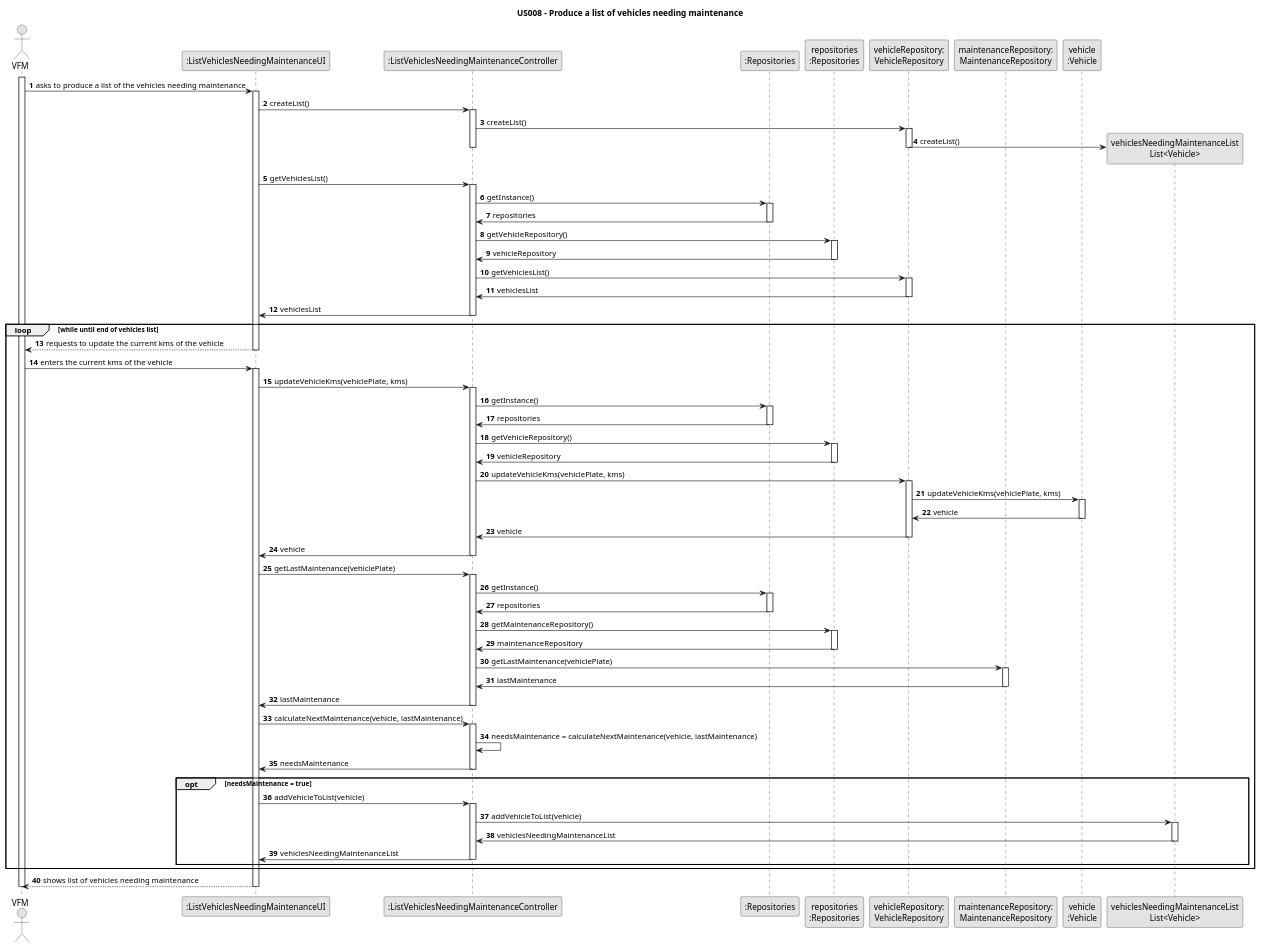
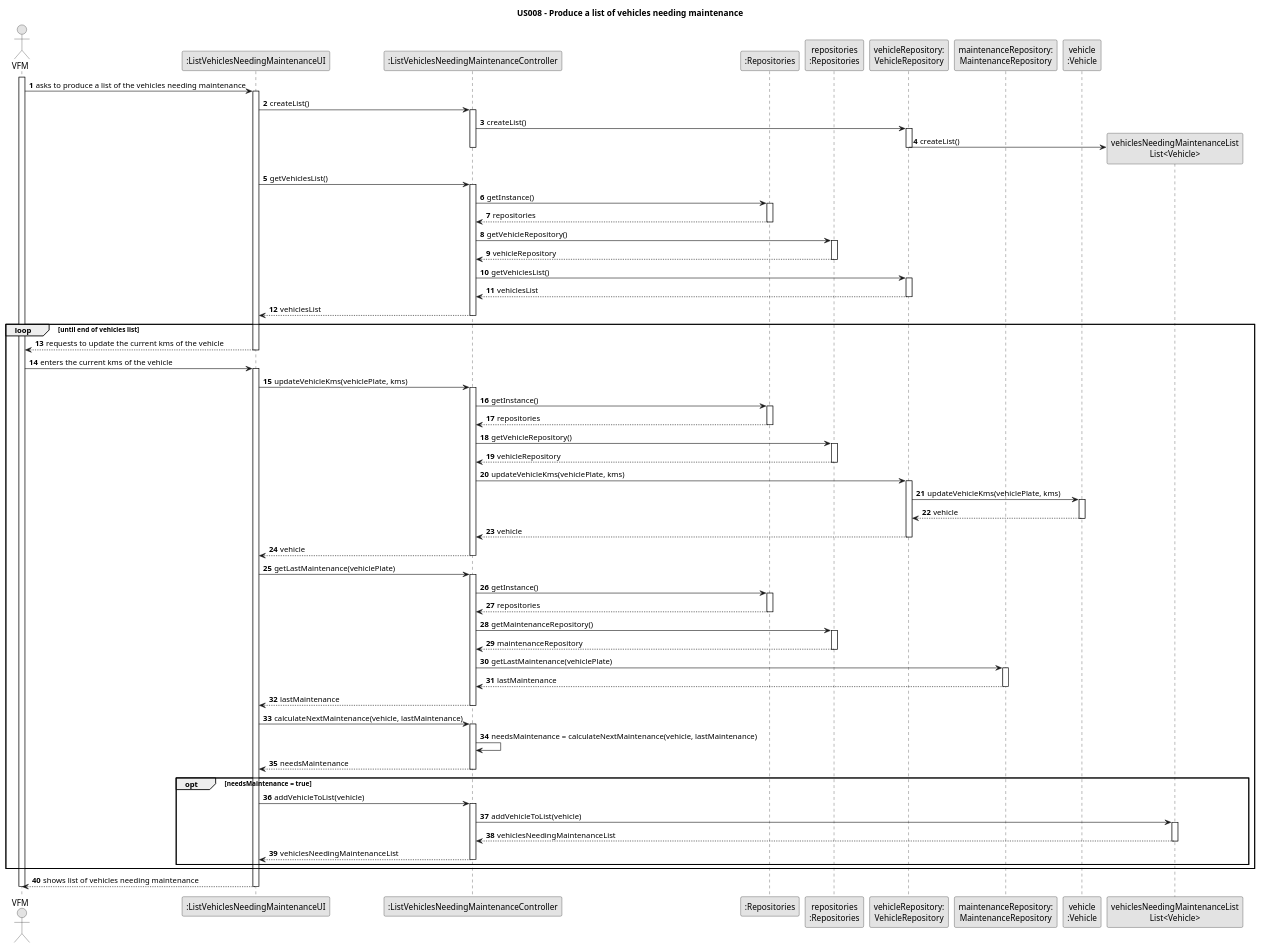
Before and after one commit to Departamento-de-Engenharia-Informatica/lei-24-s2-1dm-g132: the diagram in docs/sprintB/us008/03.design/puml/us008-sequence-diagram-full.puml, drawn with PlantUML. The commit also changed 1 other file, not shown here.

Commit message:
US08 fixed minor errors in sequence diagram full

```diff
--- a/docs/sprintB/us008/03.design/puml/us008-sequence-diagram-full.puml
+++ b/docs/sprintB/us008/03.design/puml/us008-sequence-diagram-full.puml
@@ -1,114 +1,114 @@
 @startuml
 skinparam monochrome true
 skinparam packageStyle rectangle
 skinparam shadowing false
 
 title US008 - Produce a list of vehicles needing maintenance
 
 autonumber
 
 actor "VFM" as Employee
 participant ":ListVehiclesNeedingMaintenanceUI" as UI
 participant ":ListVehiclesNeedingMaintenanceController" as CTRL
 participant ":Repositories" as RepositorySingleton
 participant "repositories\n:Repositories" as PLAT
 participant "vehicleRepository:\nVehicleRepository" as VehicleRepository
 participant "maintenanceRepository:\nMaintenanceRepository" as MaintenanceRepository
 participant "vehicle\n:Vehicle" as Vehicle
 participant "vehiclesNeedingMaintenanceList\nList<Vehicle>" as vehiclesNeedingMaintenanceList
 
 activate Employee
 
     Employee -> UI : asks to produce a list of the vehicles needing maintenance
     activate UI
 
     UI -> CTRL : createList()
     activate CTRL
     CTRL -> VehicleRepository : createList()
     activate VehicleRepository
     VehicleRepository -> vehiclesNeedingMaintenanceList** : createList()
     deactivate VehicleRepository
     deactivate CTRL
 
     UI -> CTRL : getVehiclesList()
     activate CTRL
     CTRL -> RepositorySingleton : getInstance()
     activate RepositorySingleton
-    RepositorySingleton -> CTRL : repositories
+    RepositorySingleton --> CTRL : repositories
     deactivate RepositorySingleton
 
     CTRL -> PLAT : getVehicleRepository()
     activate PLAT
-    PLAT -> CTRL : vehicleRepository
+    PLAT --> CTRL : vehicleRepository
     deactivate PLAT
 
     CTRL -> VehicleRepository : getVehiclesList()
     activate VehicleRepository
-    VehicleRepository -> CTRL : vehiclesList
+    VehicleRepository --> CTRL : vehiclesList
     deactivate VehicleRepository
-    CTRL -> UI : vehiclesList
+    CTRL --> UI : vehiclesList
     deactivate CTRL
 
-    loop while until end of vehicles list
+    loop until end of vehicles list
     UI --> Employee : requests to update the current kms of the vehicle
     deactivate UI
     Employee -> UI : enters the current kms of the vehicle
     activate UI
     UI -> CTRL : updateVehicleKms(vehiclePlate, kms)
     activate CTRL
     CTRL -> RepositorySingleton : getInstance()
     activate RepositorySingleton
-    RepositorySingleton -> CTRL : repositories
+    RepositorySingleton --> CTRL : repositories
     deactivate RepositorySingleton
     CTRL -> PLAT : getVehicleRepository()
     activate PLAT
-    PLAT -> CTRL : vehicleRepository
+    PLAT --> CTRL : vehicleRepository
     deactivate PLAT
     CTRL -> VehicleRepository : updateVehicleKms(vehiclePlate, kms)
     activate VehicleRepository
     VehicleRepository -> Vehicle : updateVehicleKms(vehiclePlate, kms)
     activate Vehicle
-    Vehicle -> VehicleRepository : vehicle
+    Vehicle --> VehicleRepository : vehicle
     deactivate Vehicle
-    VehicleRepository -> CTRL : vehicle
+    VehicleRepository --> CTRL : vehicle
     deactivate VehicleRepository
-    CTRL -> UI : vehicle
+    CTRL --> UI : vehicle
     deactivate CTRL
     UI -> CTRL : getLastMaintenance(vehiclePlate)
     activate CTRL
     CTRL -> RepositorySingleton : getInstance()
     activate RepositorySingleton
-    RepositorySingleton -> CTRL : repositories
+    RepositorySingleton --> CTRL : repositories
     deactivate RepositorySingleton
     CTRL -> PLAT : getMaintenanceRepository()
     activate PLAT
-    PLAT -> CTRL : maintenanceRepository
+    PLAT --> CTRL : maintenanceRepository
     deactivate PLAT
     CTRL -> MaintenanceRepository : getLastMaintenance(vehiclePlate)
     activate MaintenanceRepository
-    MaintenanceRepository -> CTRL : lastMaintenance
+    MaintenanceRepository --> CTRL : lastMaintenance
     deactivate MaintenanceRepository
-    CTRL -> UI : lastMaintenance
+    CTRL --> UI : lastMaintenance
     deactivate CTRL
     UI -> CTRL : calculateNextMaintenance(vehicle, lastMaintenance)
     activate CTRL
     CTRL -> CTRL : needsMaintenance = calculateNextMaintenance(vehicle, lastMaintenance)
-    CTRL -> UI : needsMaintenance
+    CTRL --> UI : needsMaintenance
     deactivate CTRL
     opt needsMaintenance = true
         UI -> CTRL : addVehicleToList(vehicle)
         activate CTRL
         CTRL -> vehiclesNeedingMaintenanceList : addVehicleToList(vehicle)
         activate vehiclesNeedingMaintenanceList
-        vehiclesNeedingMaintenanceList -> CTRL : vehiclesNeedingMaintenanceList
+        vehiclesNeedingMaintenanceList --> CTRL : vehiclesNeedingMaintenanceList
         deactivate vehiclesNeedingMaintenanceList
-        CTRL -> UI : vehiclesNeedingMaintenanceList
+        CTRL --> UI : vehiclesNeedingMaintenanceList
         deactivate CTRL
     end
     end
 
     UI --> Employee : shows list of vehicles needing maintenance
     deactivate UI
 
 deactivate Employee
 @enduml
```
